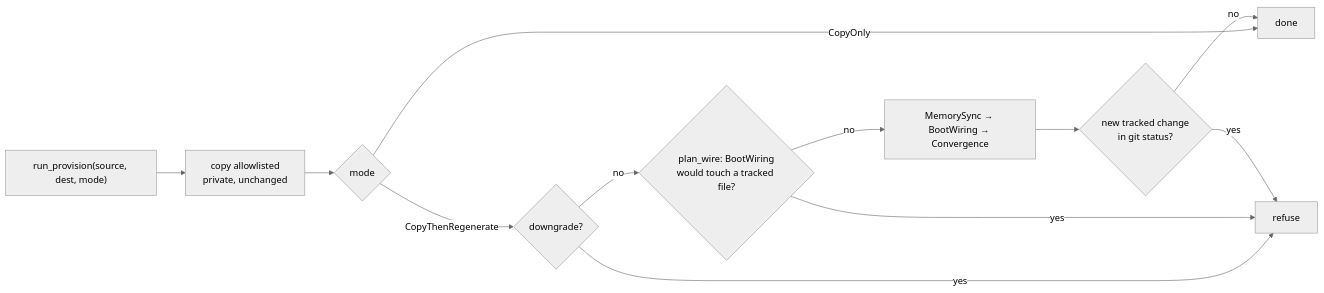
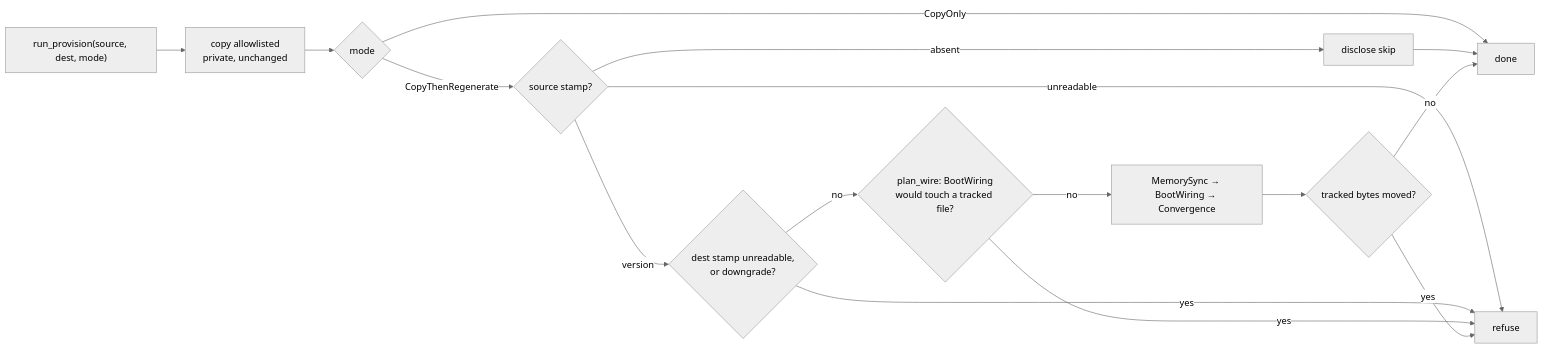
The diagram in .doctrine/slice/285/design.md (davidlee/doctrine), drawn with Mermaid (neutral theme) before and after one commit. The commit also changed other lines of this file and 11 other files, not shown here.

````diff
--- a/.doctrine/slice/285/design.md
+++ b/.doctrine/slice/285/design.md
@@ -8,14 +8,17 @@
 ```mermaid
 flowchart LR
   P["run_provision(source, dest, mode)"] --> C[copy allowlisted<br/>private, unchanged]
   C --> M{mode}
   M -- CopyOnly --> D[done]
-  M -- CopyThenRegenerate --> G1{downgrade?}
-  G1 -- yes --> X[refuse]
+  M -- CopyThenRegenerate --> G0{source stamp?}
+  G0 -- absent --> S[disclose skip] --> D
+  G0 -- unreadable --> X[refuse]
+  G0 -- version --> G1{dest stamp unreadable,<br/>or downgrade?}
+  G1 -- yes --> X
   G1 -- no --> G2{plan_wire: BootWiring<br/>would touch a tracked file?}
   G2 -- yes --> X
   G2 -- no --> L[MemorySync → BootWiring → Convergence]
-  L --> G3{new tracked change<br/>in git status?}
+  L --> G3{tracked bytes moved?}
   G3 -- yes --> X
   G3 -- no --> D
 ```
````
